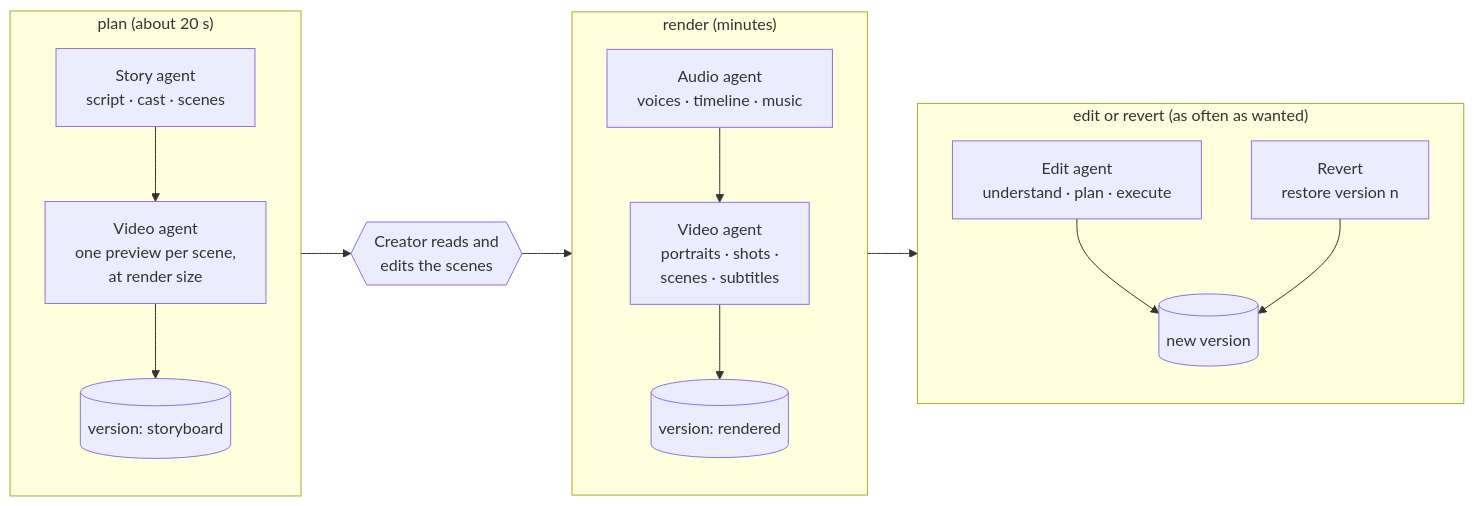
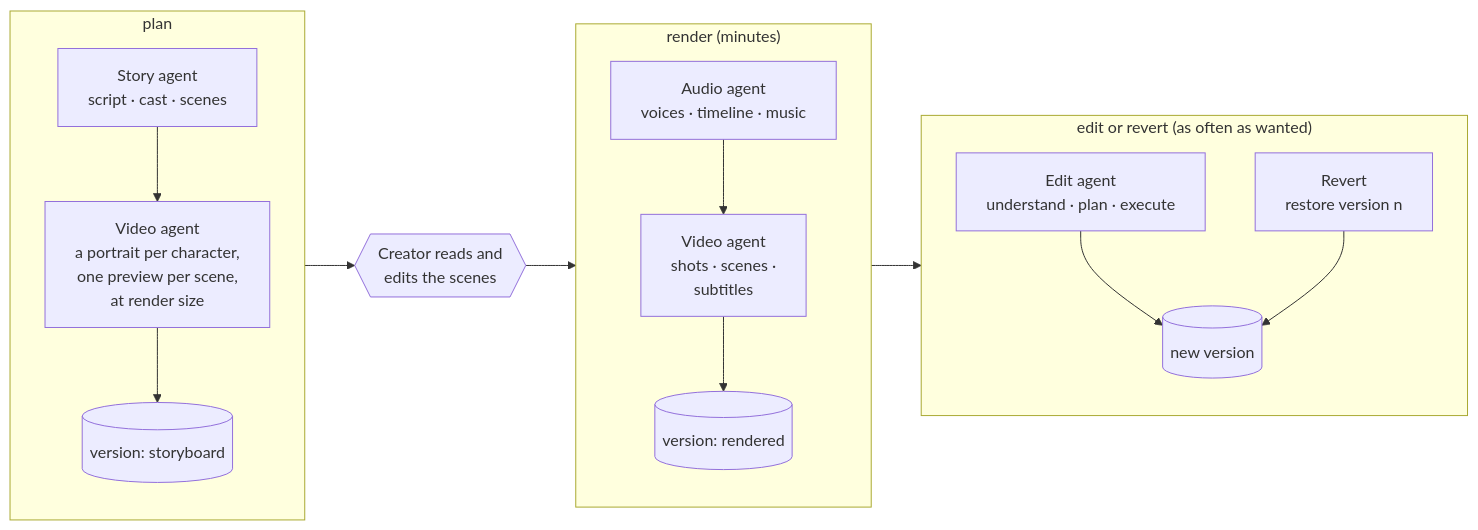
The second of 9 diagrams in docs/AGENTS.md (saad-dafinitiq/Project-Dastango), drawn with Mermaid before and after one commit. The commit also changed other lines of this file and 19 other files, not shown here.

````diff
--- a/docs/AGENTS.md
+++ b/docs/AGENTS.md
@@ -112,24 +112,24 @@
 ```mermaid
 flowchart LR
-    subgraph planG["plan (about 20 s)"]
+    subgraph planG["plan"]
         direction TB
-        p1["Story agent<br/>script · cast · scenes"] --> p2["Video agent<br/>one preview per scene,<br/>at render size"]
+        p1["Story agent<br/>script · cast · scenes"] --> p2["Video agent<br/>a portrait per character,<br/>one preview per scene,<br/>at render size"]
         p2 --> p3[("version: storyboard")]
     end
 
     review{{"Creator reads and<br/>edits the scenes"}}
 
     subgraph renderG["render (minutes)"]
         direction TB
-        r1["Audio agent<br/>voices · timeline · music"] --> r2["Video agent<br/>portraits · shots ·<br/>scenes · subtitles"]
+        r1["Audio agent<br/>voices · timeline · music"] --> r2["Video agent<br/>shots · scenes ·<br/>subtitles"]
         r2 --> r3[("version: rendered")]
     end
 
     subgraph changeG["edit or revert (as often as wanted)"]
         direction TB
         e1["Edit agent<br/>understand · plan · execute"] --> e3[("new version")]
         v1["Revert<br/>restore version n"] --> e3
     end
 
     planG --> review --> renderG --> changeG
 ```
````
